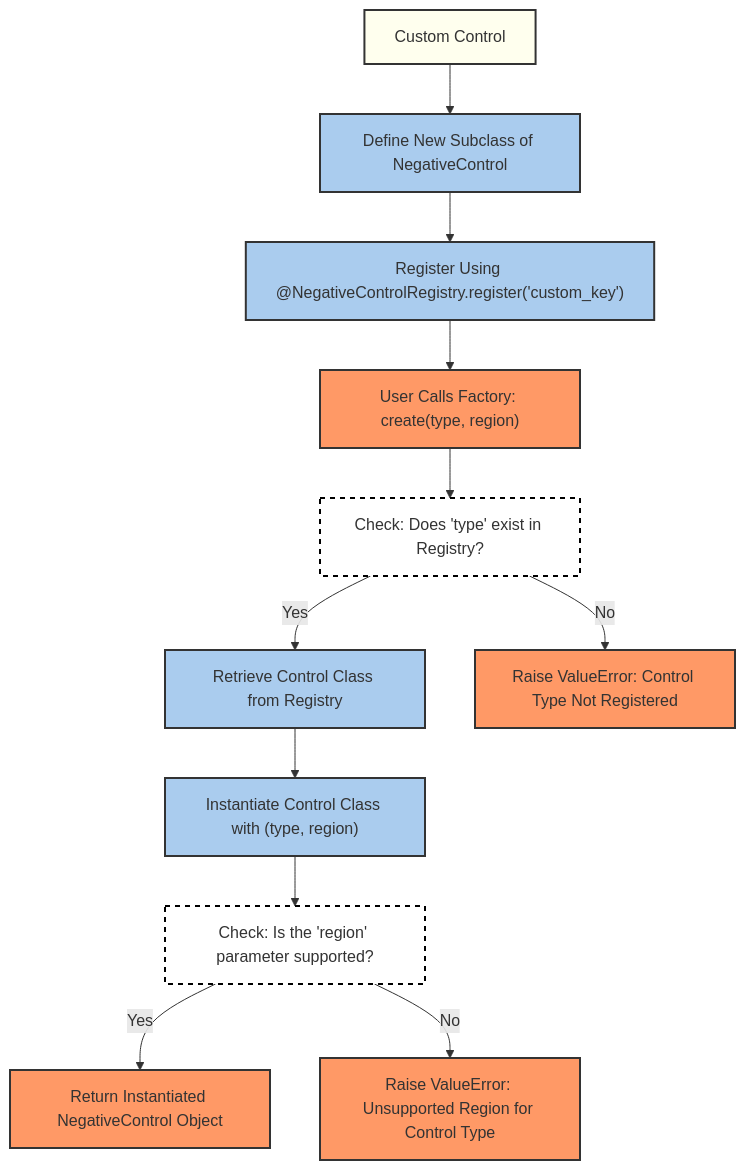
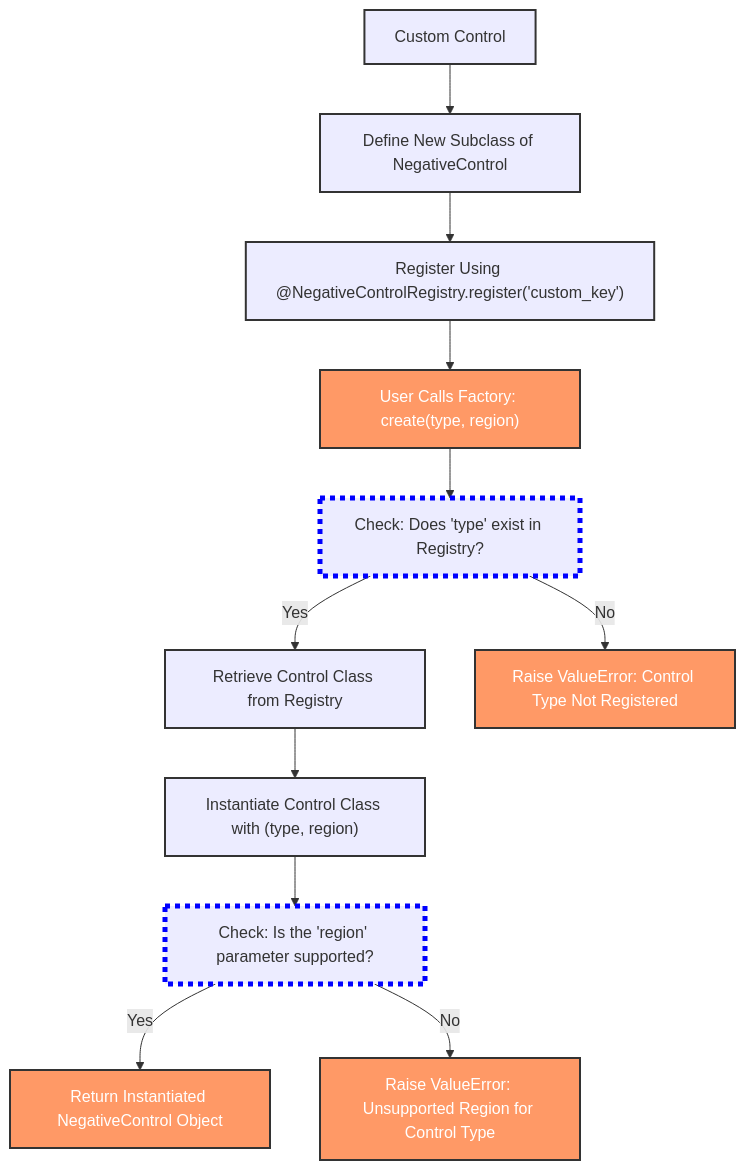
The third of 3 diagrams in src/readii/negative_controls/README.md (bhklab/readii), drawn with Mermaid before and after one commit. The commit also changed other lines of this file, not shown here.

Commit message:
docs: update README for negative controls, clarify flowchart accuracy and style adjustments

````diff
--- a/src/readii/negative_controls/README.md
+++ b/src/readii/negative_controls/README.md
@@ -184,28 +187,28 @@
 ```mermaid
 flowchart TD
     %% Start of the Flowchart
     Start["User Calls Factory: create(type, region)"]:::StartEnd --> CheckRegistry["Check: Does 'type' exist in Registry?"]:::Decision
 
     %% Decision Point: Does the Key Exist in the Registry?
     CheckRegistry -->|Yes| RetrieveClass["Retrieve Control Class from Registry"]:::Process
     CheckRegistry -->|No| Error["Raise ValueError: Control Type Not Registered"]:::StartEnd
 
     %% Instantiate and Apply
     RetrieveClass --> Instantiate["Instantiate Control Class with (type, region)"]:::Process
     Instantiate --> CheckRegion["Check: Is the 'region' parameter supported?"]:::Decision
 
     %% Decision on Region
     CheckRegion -->|Yes| ReturnInstance["Return Instantiated NegativeControl Object"]:::StartEnd
     CheckRegion -->|No| UnsupportedRegionError["Raise ValueError: Unsupported Region for Control Type"]:::StartEnd
 
     %% Additional Flow for Custom Controls
     CustomPath["Custom Control"]:::SubProcess --> DefineCustomClass["Define New Subclass of NegativeControl"]:::Process
     DefineCustomClass --> RegisterCustomClass["Register Using @NegativeControlRegistry.register('custom_key')"]:::Process
     RegisterCustomClass --> Start
 
     %% Styling Suggestions
-    classDef StartEnd fill:#f96,stroke:#333,stroke-width:2px;
-    classDef Decision fill:#fff,stroke:#000,stroke-width:2px,stroke-dasharray: 5 5;
-    classDef Process fill:#ace,stroke:#333,stroke-width:2px;
-    classDef SubProcess fill:#ffe,stroke:#333,stroke-width:2px;
+    classDef StartEnd fill:#f96,color:#fff,stroke:#333,stroke-width:2px;
+    classDef Decision stroke:#00F,stroke-width:5px,stroke-dasharray: 5 5;
+    classDef Process stroke:#333,stroke-width:2px;
+    classDef SubProcess stroke:#333,stroke-width:2px;
 ```
````
